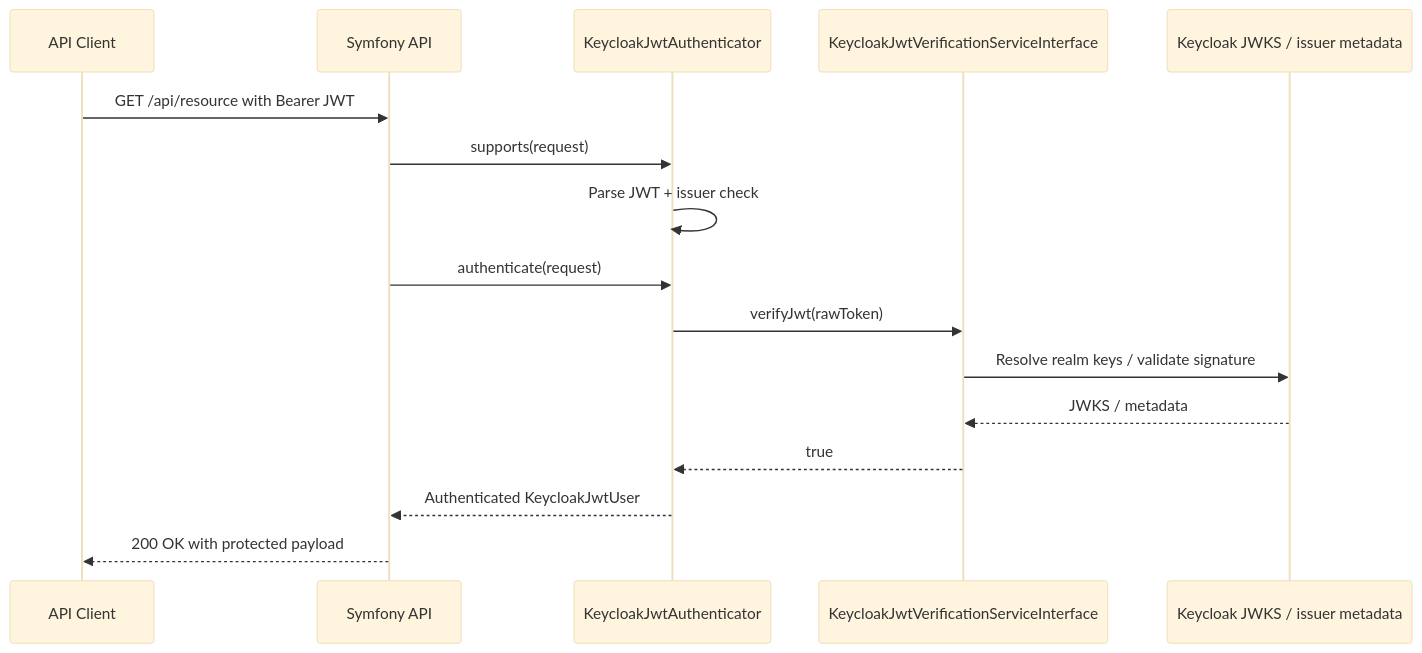
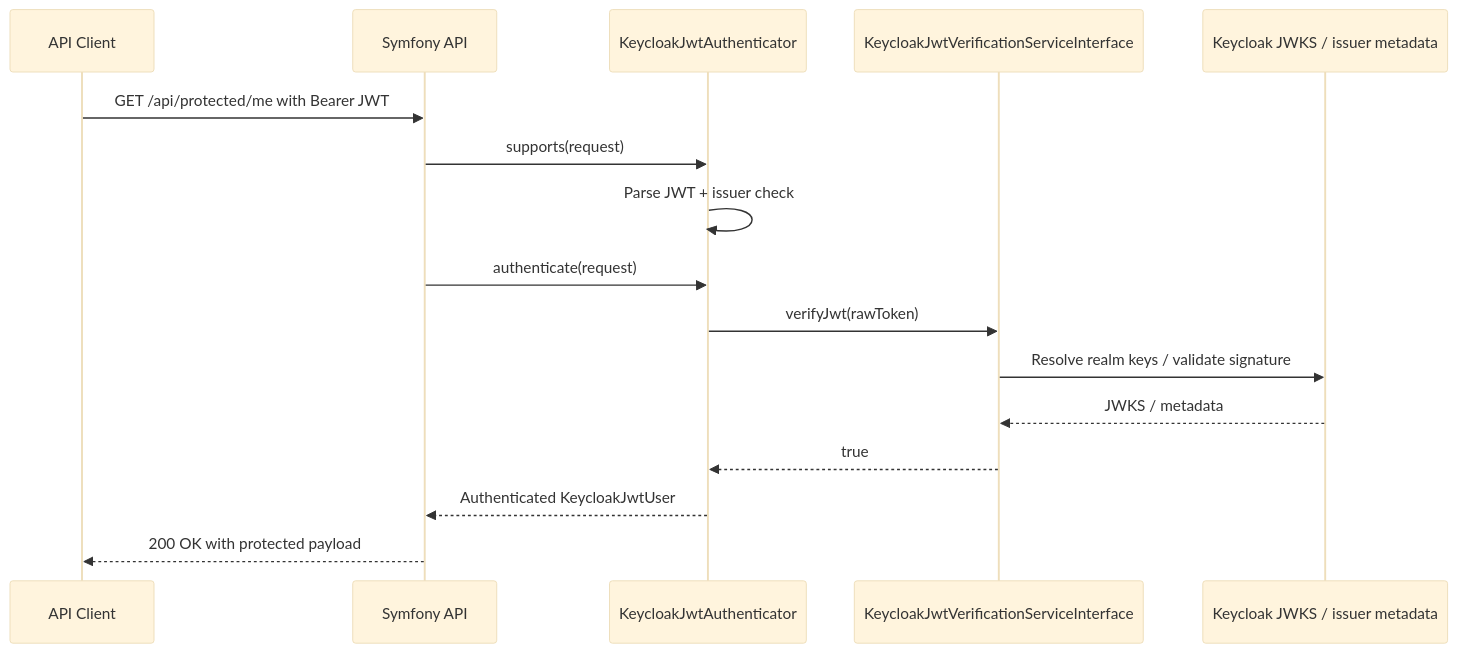
The diagram in docs/use-cases/04-jwt-identification-and-authorization.md (apacheborys/keycloak-cluster), drawn with Mermaid (base theme) before and after one commit. The commit also changed other lines of this file and 3 other files, not shown here.

````diff
--- a/docs/use-cases/04-jwt-identification-and-authorization.md
+++ b/docs/use-cases/04-jwt-identification-and-authorization.md
@@ -13,19 +13,19 @@
 ```mermaid
 sequenceDiagram
     participant Client as API Client
     participant API as Symfony API
     participant Auth as KeycloakJwtAuthenticator
     participant Verify as KeycloakJwtVerificationServiceInterface
     participant KC as Keycloak JWKS / issuer metadata
 
-    Client->>API: GET /api/resource with Bearer JWT
+    Client->>API: GET /api/protected/me with Bearer JWT
     API->>Auth: supports(request)
     Auth->>Auth: Parse JWT + issuer check
     API->>Auth: authenticate(request)
     Auth->>Verify: verifyJwt(rawToken)
     Verify->>KC: Resolve realm keys / validate signature
     KC-->>Verify: JWKS / metadata
     Verify-->>Auth: true
     Auth-->>API: Authenticated KeycloakJwtUser
     API-->>Client: 200 OK with protected payload
 ```
````
